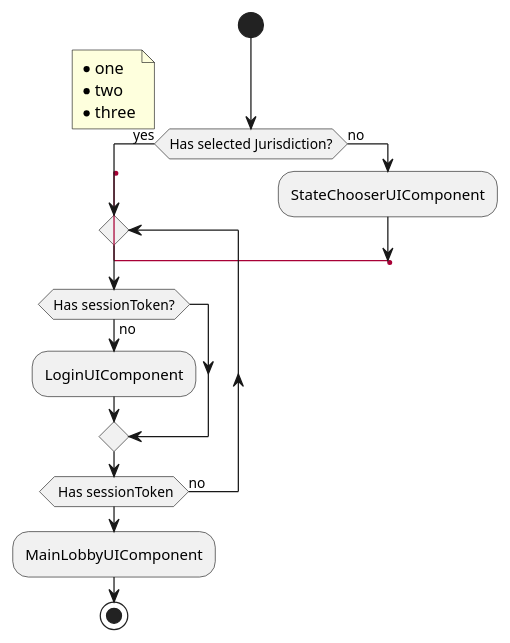
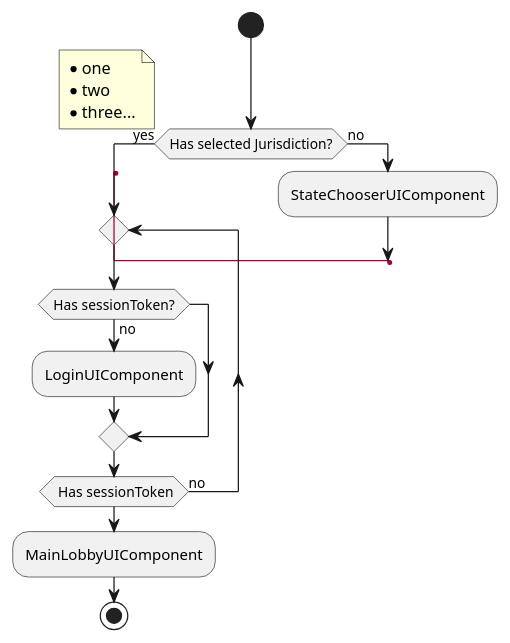
The diagram in uml/login.puml (palainteractivedev/umlmodels), drawn with PlantUML before and after one commit.

```diff
--- a/uml/login.puml
+++ b/uml/login.puml
@@ -1,23 +1,23 @@
 @startuml
 
 start
 if (Has selected Jurisdiction?) then (yes)
   label lbl_login
   repeat
     if (Has sessionToken?) then (no)
       :LoginUIComponent;
     endif
   repeat while( Has sessionToken) is (no)
   :MainLobbyUIComponent;
   stop
 else (no)
   :StateChooserUIComponent;
   goto lbl_login
 endif
 note left
   * one
   * two
-  * three
+  * three...
 end note
 
 @enduml
```
